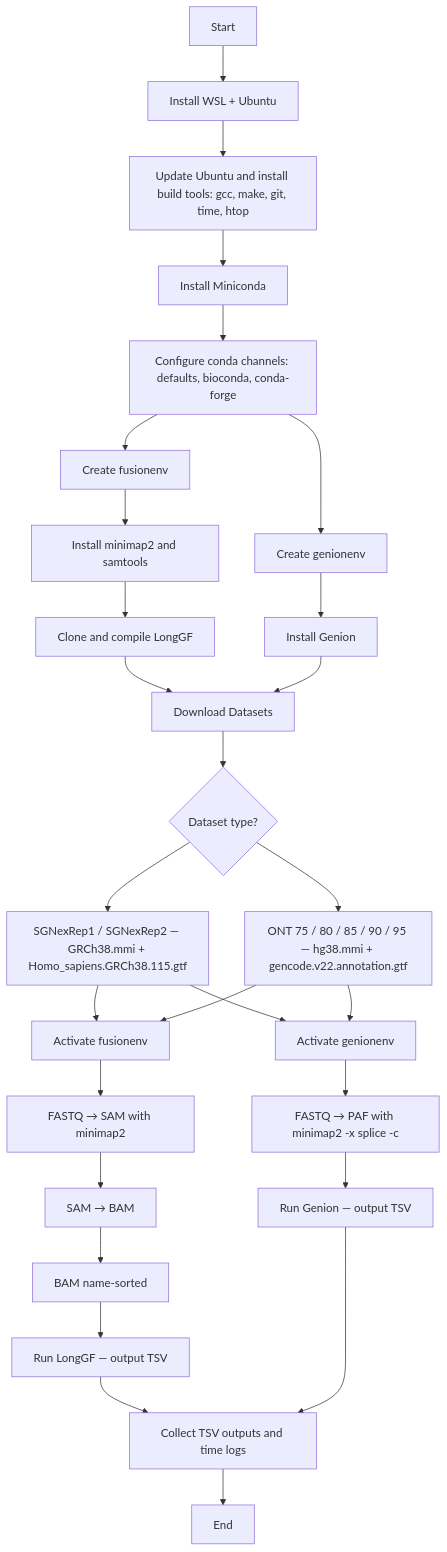
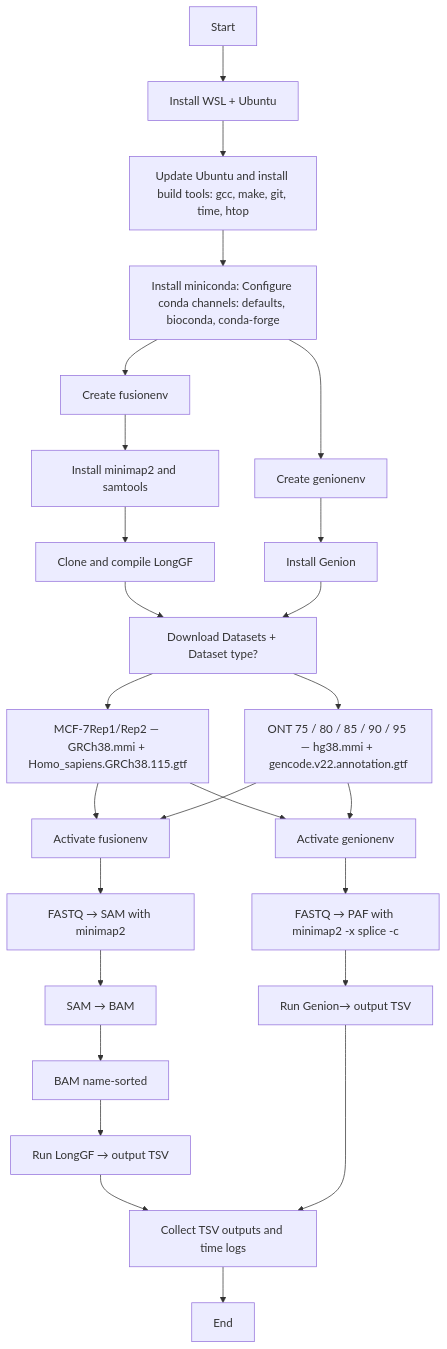
The diagram in FLOWCHART.md (Aaditya-Deshmukh/CS123A-fusion-benchmarking), drawn with Mermaid before and after one commit.

````diff
--- a/FLOWCHART.md
+++ b/FLOWCHART.md
@@ -1,58 +1,28 @@
 ```mermaid
-flowchart TD
-
-A[Start] --> B[Install WSL + Ubuntu]
-
-B --> C[Update Ubuntu and install build tools: gcc, make, git, time, htop]
-
-C --> D[Install Miniconda]
-
-D --> E[Configure conda channels: defaults, bioconda, conda-forge]
-
-E --> F[Create fusionenv]
-
-F --> G[Install minimap2 and samtools]
-
-G --> H[Clone and compile LongGF]
-
-E --> I[Create genionenv]
-
-I --> J[Install Genion]
-
-H --> K[Download Datasets]
-
-J --> K
-
-K --> L{Dataset type?}
-
-L --> M[SGNexRep1 / SGNexRep2 — GRCh38.mmi + Homo_sapiens.GRCh38.115.gtf]
-
-L --> N[ONT 75 / 80 / 85 / 90 / 95 — hg38.mmi + gencode.v22.annotation.gtf]
-
-M --> O[Activate fusionenv]
-
-N --> O
-
-O --> P[FASTQ → SAM with minimap2]
-
-P --> Q[SAM → BAM]
-
-Q --> R[BAM name-sorted]
-
-R --> S[Run LongGF — output TSV]
-
-M --> T[Activate genionenv]
-
-N --> T
-
-T --> U[FASTQ → PAF with minimap2 -x splice -c]
-
-U --> V[Run Genion — output TSV]
-
-S --> W[Collect TSV outputs and time logs]
-
-V --> W
-
-W --> X[End]
+---
+config:
+  theme: mc
+---
+flowchart TB
+    A["Start"] --> B["Install WSL + Ubuntu"]
+    B --> C["Update Ubuntu and install build tools: gcc, make, git, time, htop"]
+    C --> E["Install miniconda: Configure conda channels: defaults, bioconda, conda-forge"] --> F["Create fusionenv"] & I["Create genionenv"]
+    F --> G["Install minimap2 and samtools"]
+    G --> H["Clone and compile LongGF"]
+    I --> J["Install Genion"]
+    H --> K["Download Datasets + Dataset type?"]
+    J --> K
+    K --> M["MCF-7Rep1/Rep2 — GRCh38.mmi + Homo_sapiens.GRCh38.115.gtf"] & N["ONT 75 / 80 / 85 / 90 / 95 — hg38.mmi + gencode.v22.annotation.gtf"]
+    M --> O["Activate fusionenv"] & T["Activate genionenv"]
+    N --> O & T
+    O --> P["FASTQ → SAM with minimap2"]
+    P --> Q["SAM → BAM"]
+    Q --> R["BAM name-sorted"]
+    R --> S["Run LongGF → output TSV"]
+    T --> U["FASTQ → PAF with minimap2 -x splice -c"]
+    U --> V["Run Genion→ output TSV"]
+    S --> W["Collect TSV outputs and time logs"]
+    V --> W
+    W --> X["End"]
 
 ```
````
